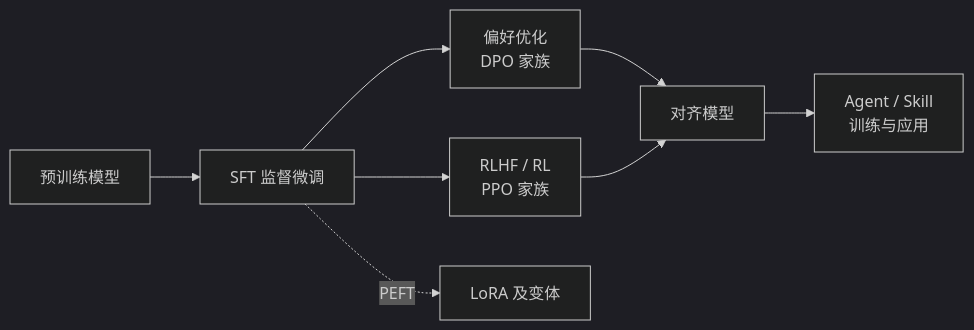
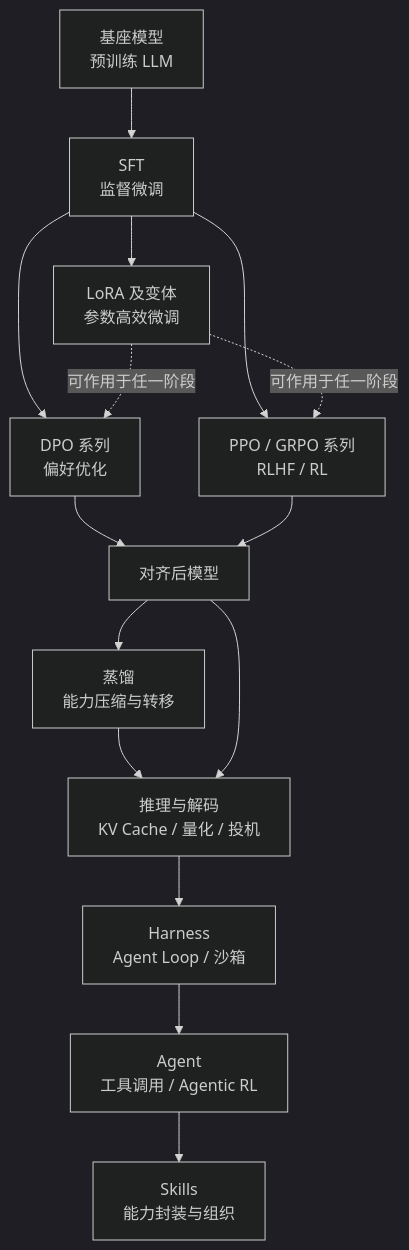
One commit to zhoujx4/llm-atlas changed the diagram in docs/guide/index.md. Above: the diagram before and after it, drawn with Mermaid (dark theme). The commit also changed other lines of this file and 226 other files, not shown here.

````diff
--- a/docs/guide/index.md
+++ b/docs/guide/index.md
@@ -15,10 +15,17 @@
 ```mermaid
-flowchart LR
-    PT[预训练模型] --> SFT[SFT 监督微调]
-    SFT --> PO[偏好优化<br/>DPO 家族]
-    SFT --> RL[RLHF / RL<br/>PPO 家族]
-    SFT -.PEFT.-> LORA[LoRA 及变体]
-    PO --> ALIGNED[对齐模型]
-    RL --> ALIGNED
-    ALIGNED --> AGENT[Agent / Skill<br/>训练与应用]
+flowchart TB
+    BASE[基座模型<br/>预训练 LLM] --> SFT[SFT<br/>监督微调]
+    SFT --> LORA[LoRA 及变体<br/>参数高效微调]
+    SFT --> DPO[DPO 系列<br/>偏好优化]
+    SFT --> PPO[PPO / GRPO 系列<br/>RLHF / RL]
+    LORA -.可作用于任一阶段.-> DPO
+    LORA -.可作用于任一阶段.-> PPO
+    DPO --> ALIGNED[对齐后模型]
+    PPO --> ALIGNED
+    ALIGNED --> DISTILL[蒸馏<br/>能力压缩与转移]
+    DISTILL --> INFER[推理与解码<br/>KV Cache / 量化 / 投机]
+    ALIGNED --> INFER
+    INFER --> HARNESS[Harness<br/>Agent Loop / 沙箱]
+    HARNESS --> AGENT[Agent<br/>工具调用 / Agentic RL]
+    AGENT --> SKILLS[Skills<br/>能力封装与组织]
 ```
````
